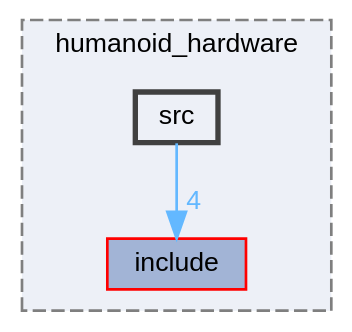
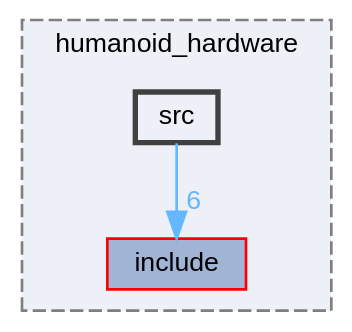
The diagram in humanoid/api/cpp_generated/dir_4135406da37f2e74d4e80b2b7058bc26_dep.dot (Sensor-Fusion-and-Advanced-Control/.github), drawn with Graphviz before and after one commit. The commit also changed 229 other files, not shown here.

```diff
--- a/humanoid/api/cpp_generated/dir_4135406da37f2e74d4e80b2b7058bc26_dep.dot
+++ b/humanoid/api/cpp_generated/dir_4135406da37f2e74d4e80b2b7058bc26_dep.dot
@@ -1,14 +1,14 @@
 digraph "src/humanoid_hardware/src"
 {
  // LATEX_PDF_SIZE
   bgcolor="transparent";
   edge [fontname=Helvetica,fontsize=10,labelfontname=Helvetica,labelfontsize=10];
   node [fontname=Helvetica,fontsize=10,shape=box,height=0.2,width=0.4];
   compound=true
   subgraph clusterdir_d14714812d3f1ce5ce72d57d8cf1eeb6 {
     graph [ bgcolor="#edf0f7", pencolor="grey50", label="humanoid_hardware", fontname=Helvetica,fontsize=10 style="filled,dashed", URL="dir_d14714812d3f1ce5ce72d57d8cf1eeb6.html",tooltip=""]
   dir_a17467f0082b26f78e4cfff168b102b1 [label="include", fillcolor="#a2b4d6", color="red", style="filled", URL="dir_a17467f0082b26f78e4cfff168b102b1.html",tooltip=""];
   dir_4135406da37f2e74d4e80b2b7058bc26 [label="src", fillcolor="#edf0f7", color="grey25", style="filled,bold", URL="dir_4135406da37f2e74d4e80b2b7058bc26.html",tooltip=""];
   }
-  dir_4135406da37f2e74d4e80b2b7058bc26->dir_a17467f0082b26f78e4cfff168b102b1 [headlabel="4", labeldistance=1.5 headhref="dir_000004_000002.html" href="dir_000004_000002.html" color="steelblue1" fontcolor="steelblue1"];
+  dir_4135406da37f2e74d4e80b2b7058bc26->dir_a17467f0082b26f78e4cfff168b102b1 [headlabel="6", labeldistance=1.5 headhref="dir_000007_000004.html" href="dir_000007_000004.html" color="steelblue1" fontcolor="steelblue1"];
 }
```
